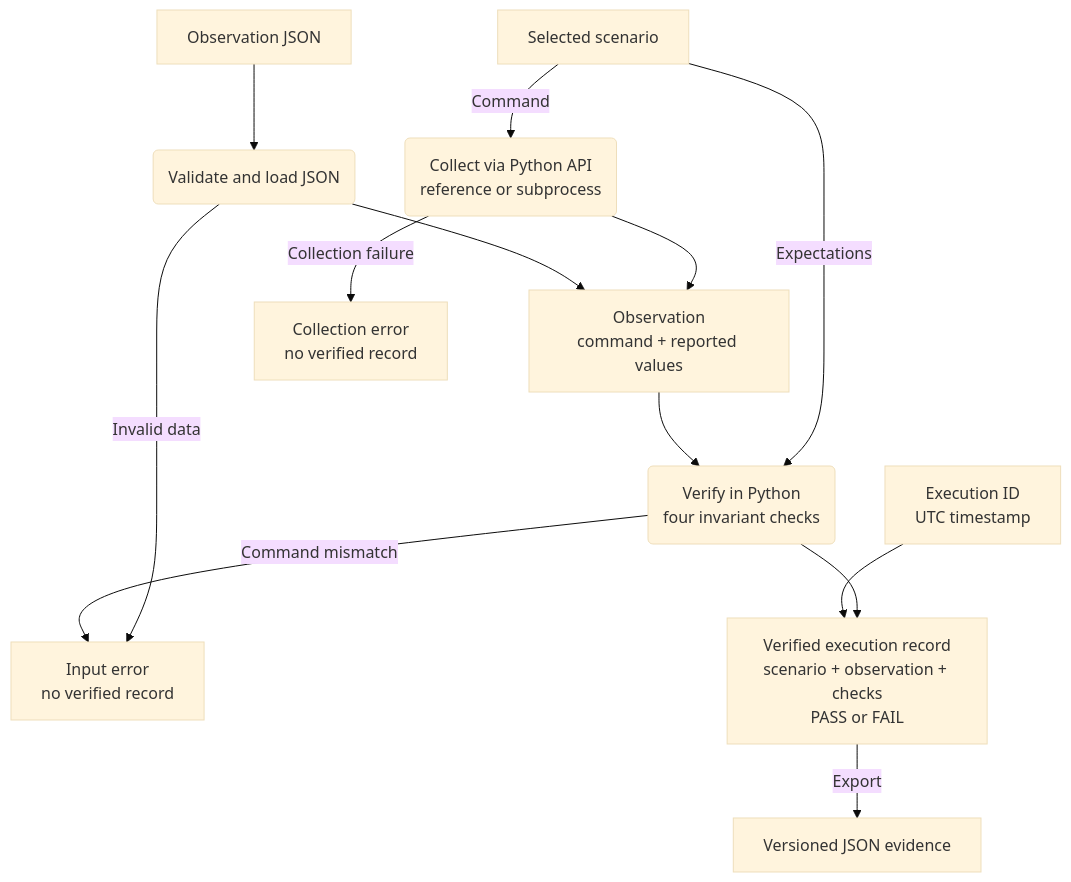
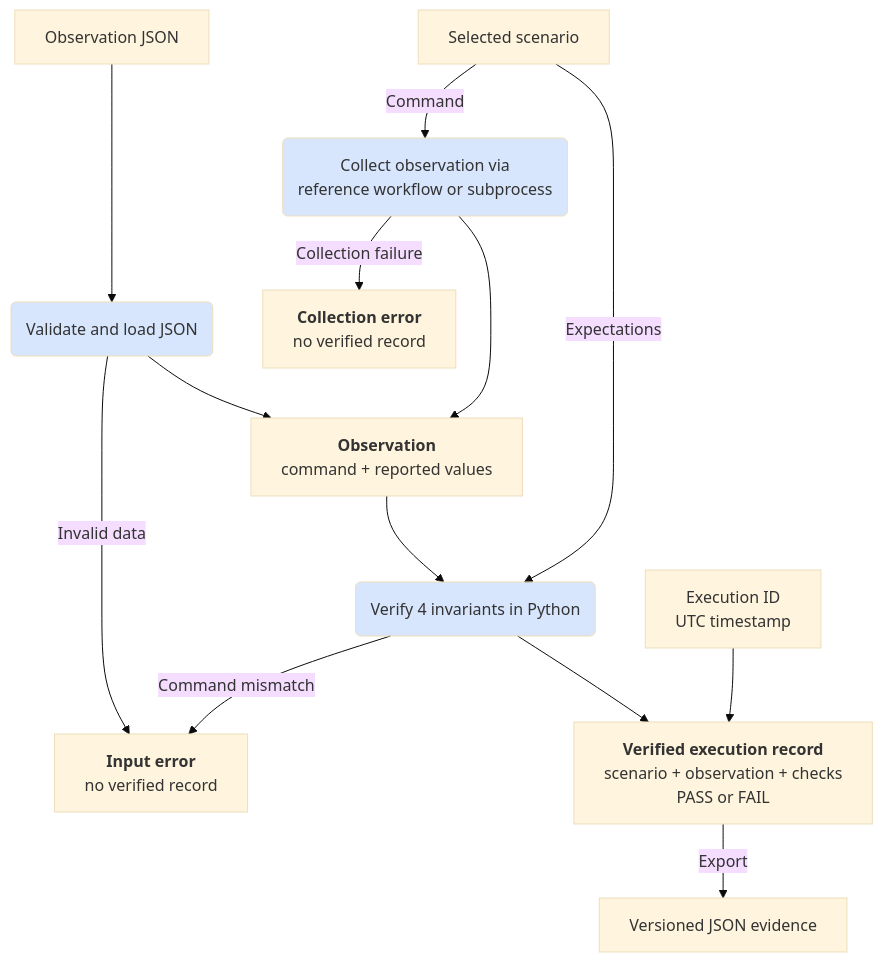
One commit to NikolayAir/OrbiRig changed the diagram in docs/architecture.md. Above: the diagram before and after it, drawn with Mermaid (base theme). The commit also changed other lines of this file and 1 other file, not shown here.

Commit message:
docs: clarify verification diagrams and observation collection
The README overview now separates observation validation from the four
invariant checks and identifies the contents of a verified record. Both
diagrams use consistent labels, highlighted actions and bold data headings,
with explicit line wrapping for GitHub Mermaid.

The architecture guide also explains how the reference workflow builds
observations and how subprocess collection validates returned JSON before
verification.

````diff
--- a/docs/architecture.md
+++ b/docs/architecture.md
@@ -11,17 +11,27 @@
 ```mermaid
+---
+config:
+  layout: dagre
+  look: classic
+  flowchart:
+    diagramPadding: 16
+    wrappingWidth: 280
+---
 flowchart TD
     accTitle: Observation collection and independent verification
     accDescr: Observation JSON is validated and loaded, or the Python API executes the command required by the selected scenario and collects an observation. Python checks the observation against the scenario's separate expectations. The execution ID and UTC timestamp identify the verified record, which contains four checks and a PASS or FAIL outcome and can be exported as versioned JSON. Invalid input, a command that does not match the scenario, or a collection error prevents record creation.
-    saved["Observation JSON"] --> load("Validate and load JSON")
-    scenario["Selected scenario"] -->|Command| collect("Collect via Python API<br/>reference or subprocess")
-    collect --> observation
-    load --> observation["Observation<br/>command + reported values"]
-    scenario -->|Expectations| verifier("Verify in Python<br/>four invariant checks")
+    saved["Observation JSON"] ---> load("Validate and load JSON")
+    scenario["Selected scenario"] -->|Command| collect("Collect observation via<br/>reference workflow or subprocess")
+    collect ---> observation
+    load --> observation["<b>Observation</b><br/>command + reported values"]
+    scenario -->|Expectations| verifier("Verify 4 invariants in Python")
     observation --> verifier
-    load -->|Invalid data| error["Input error<br/>no verified record"]
-    verifier -->|Command mismatch| error
-    collect -->|Collection failure| collectionError["Collection error<br/>no verified record"]
-    verifier --> record["Verified execution record<br/>scenario + observation + checks<br/>PASS or FAIL"]
-    metadata["Execution ID<br/>UTC timestamp"] --> record
+    verifier -->|Command mismatch| error["<b>Input error</b><br/>no verified record"]
+    load -->|Invalid data| error
+    collect -->|Collection failure| collectionError["<b>Collection error</b><br/>no verified record"]
+    metadata["Execution ID<br/>UTC timestamp"] --> record["<b>Verified execution record</b><br/>scenario + observation + checks<br/>PASS or FAIL"]
+    verifier --> record
     record -->|Export| evidence["Versioned JSON evidence"]
+    classDef action fill:#3b82f633
+    class load,collect,verifier action
 ```
````
